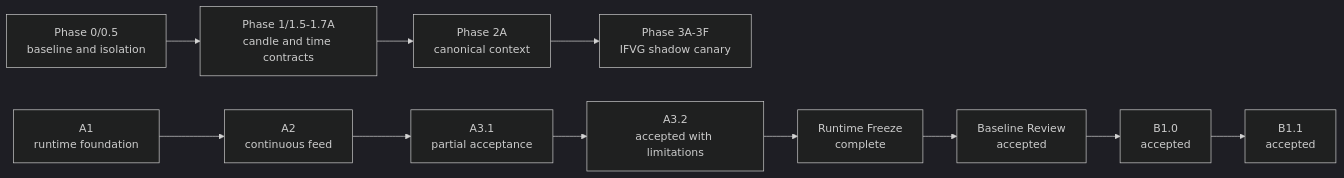
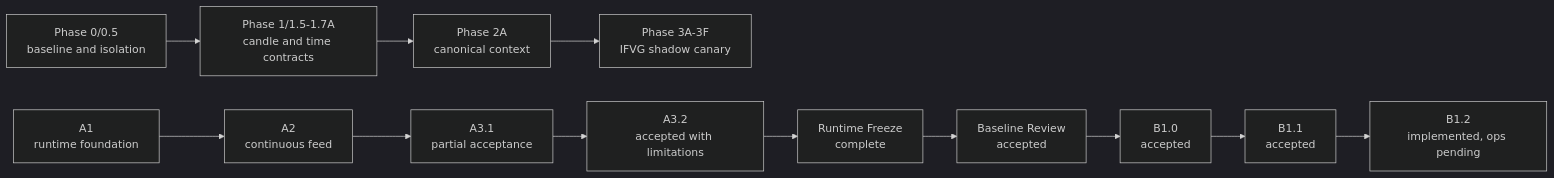
Before and after one commit to andreduval-png/gotrader-lab: the first of 2 diagrams in docs/gotrader-runtime/architecture-roadmap.md, drawn with Mermaid (dark theme). The commit also changed other lines of this file and 3 other files, not shown here.

Commit message:
Advance architecture gate to B1.2 observation

````diff
--- a/docs/gotrader-runtime/architecture-roadmap.md
+++ b/docs/gotrader-runtime/architecture-roadmap.md
@@ -52,17 +58,18 @@
 ```mermaid
 flowchart LR
   P0["Phase 0/0.5<br/>baseline and isolation"]
   P1["Phase 1/1.5-1.7A<br/>candle and time contracts"]
   P2["Phase 2A<br/>canonical context"]
   P3["Phase 3A-3F<br/>IFVG shadow canary"]
   A1["A1<br/>runtime foundation"]
   A2["A2<br/>continuous feed"]
   A31["A3.1<br/>partial acceptance"]
   A32["A3.2<br/>accepted with limitations"]
   RF["Runtime Freeze<br/>complete"]
   BR["Baseline Review<br/>accepted"]
   B10["B1.0<br/>accepted"]
   B11["B1.1<br/>accepted"]
+  B12["B1.2<br/>implemented, ops pending"]
   P0 --> P1 --> P2 --> P3
-  A1 --> A2 --> A31 --> A32 --> RF --> BR --> B10 --> B11
+  A1 --> A2 --> A31 --> A32 --> RF --> BR --> B10 --> B11 --> B12
 ```
````
